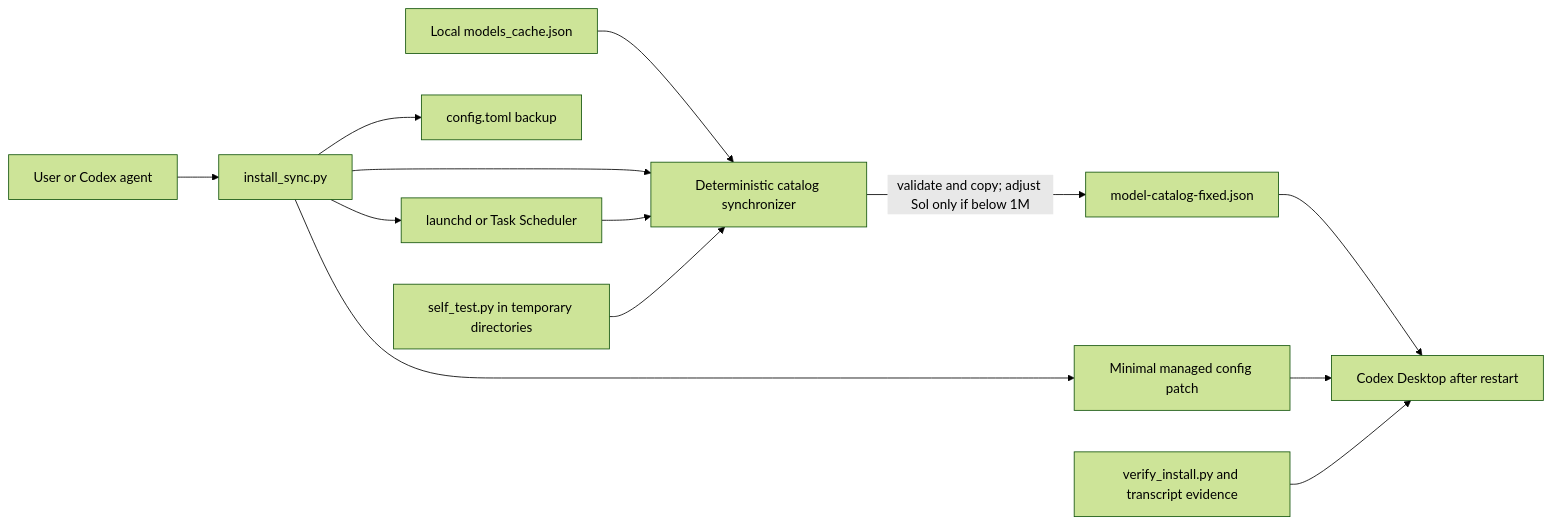
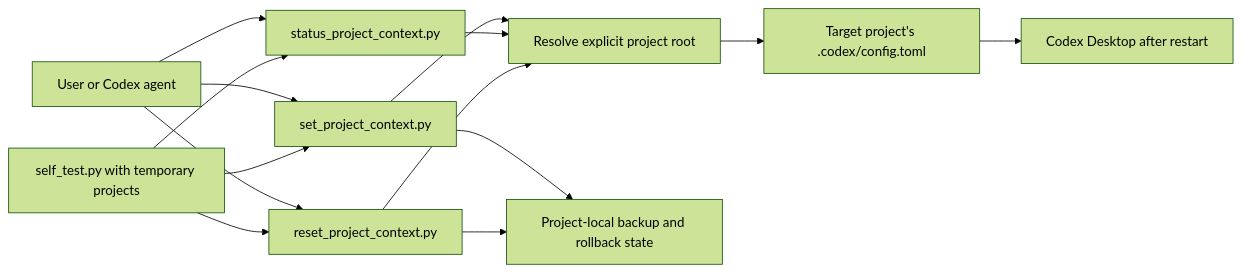
Before and after one commit to yimengbenxin/enable-codex-1m-context: the diagram in README.md, drawn with Mermaid (forest theme). The commit also changed other lines of this file and 16 other files, not shown here.

Commit message:
Release codex-project-context v2.1.0

````diff
--- a/README.md
+++ b/README.md
@@ -35,15 +36,16 @@
 ```mermaid
 flowchart LR
-    U["User or Codex agent"] --> I["install_sync.py"]
-    C["Local models_cache.json"] --> S["Deterministic catalog synchronizer"]
-    I --> S
-    S -->|"validate and copy; adjust Sol only if below 1M"| F["model-catalog-fixed.json"]
-    I --> B["config.toml backup"]
-    I --> P["Minimal managed config patch"]
-    I --> J["launchd or Task Scheduler"]
-    J --> S
-    F --> D["Codex Desktop after restart"]
-    P --> D
-    V["verify_install.py and transcript evidence"] --> D
-    T["self_test.py in temporary directories"] --> S
+    U["User or Codex agent"] --> S["set_project_context.py"]
+    U --> Q["status_project_context.py"]
+    U --> R["reset_project_context.py"]
+    S --> G["Resolve explicit project root"]
+    Q --> G
+    R --> G
+    G --> C["Target project's .codex/config.toml"]
+    S --> B["Project-local backup and rollback state"]
+    R --> B
+    C --> V["Codex Desktop after restart"]
+    T["self_test.py with temporary projects"] --> S
+    T --> Q
+    T --> R
 ```
````
